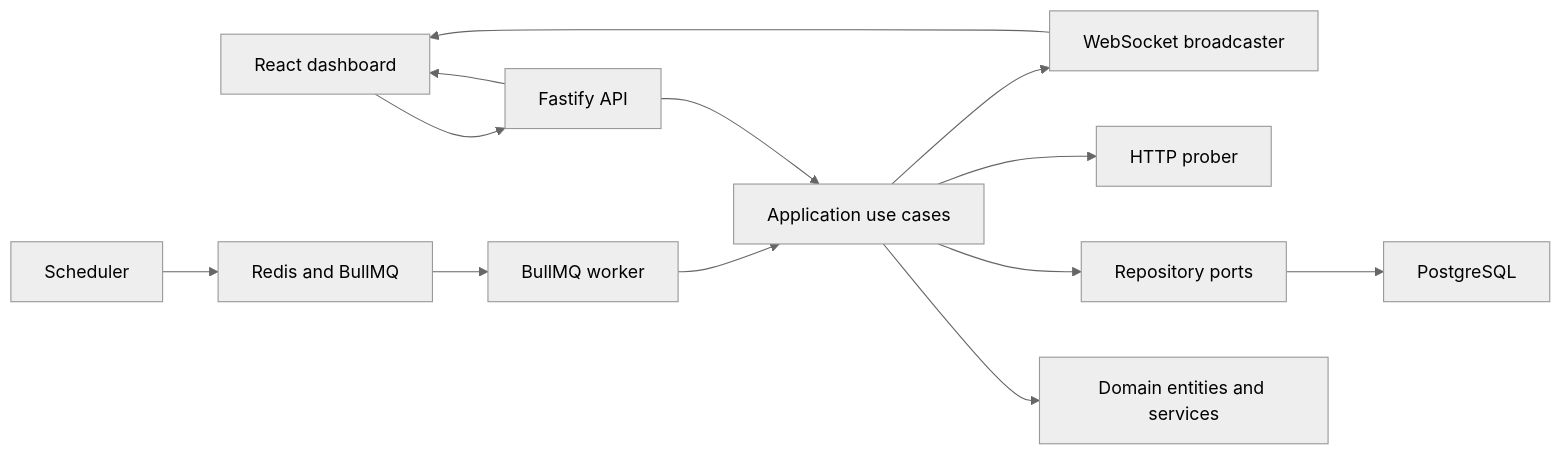
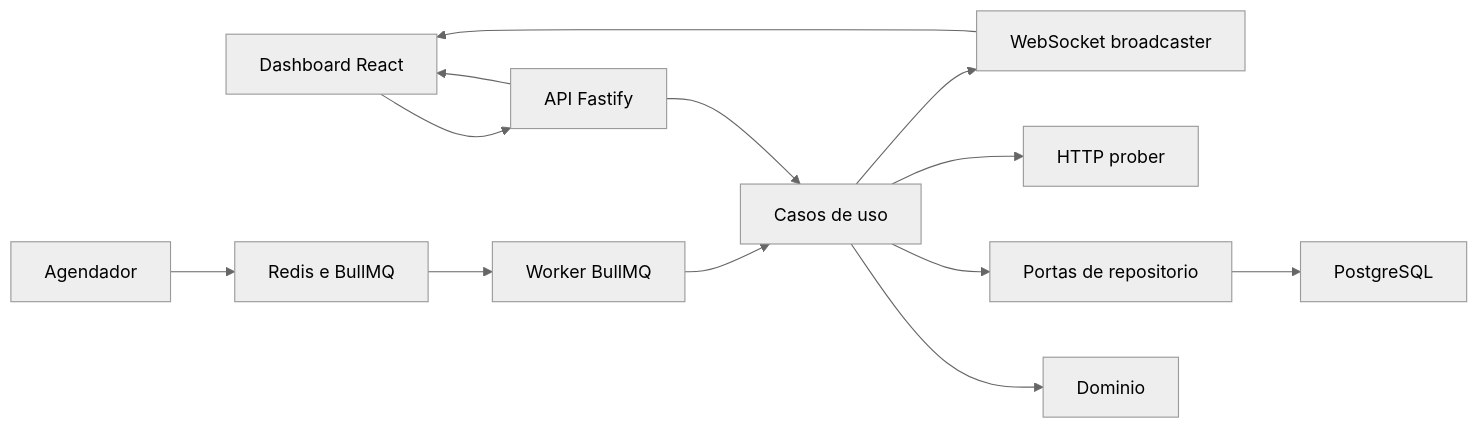
The first of 3 diagrams in README.md (ThQMS/Devpulse), drawn with Mermaid (neutral theme) before and after one commit. The commit also changed other lines of this file, not shown here.

````diff
--- a/README.md
+++ b/README.md
@@ -24,27 +24,27 @@
 ```mermaid
 graph LR
-  Browser[React dashboard]
-  Api[Fastify API]
-  App[Application use cases]
-  Domain[Domain entities and services]
-  Worker[BullMQ worker]
-  Scheduler[Scheduler]
-  Queue[Redis and BullMQ]
-  Repos[Repository ports]
+  Browser[Dashboard React]
+  Api[API Fastify]
+  App[Casos de uso]
+  Domain[Dominio]
+  Worker[Worker BullMQ]
+  Scheduler[Agendador]
+  Queue[Redis e BullMQ]
+  Repos[Portas de repositorio]
   Postgres[PostgreSQL]
   Prober[HTTP prober]
   Broadcaster[WebSocket broadcaster]
 
   Browser --> Api
   Api --> Browser
   Api --> App
   Scheduler --> Queue
   Queue --> Worker
   Worker --> App
   App --> Domain
   App --> Repos
   Repos --> Postgres
   App --> Prober
   App --> Broadcaster
   Broadcaster --> Browser
 ```
````
